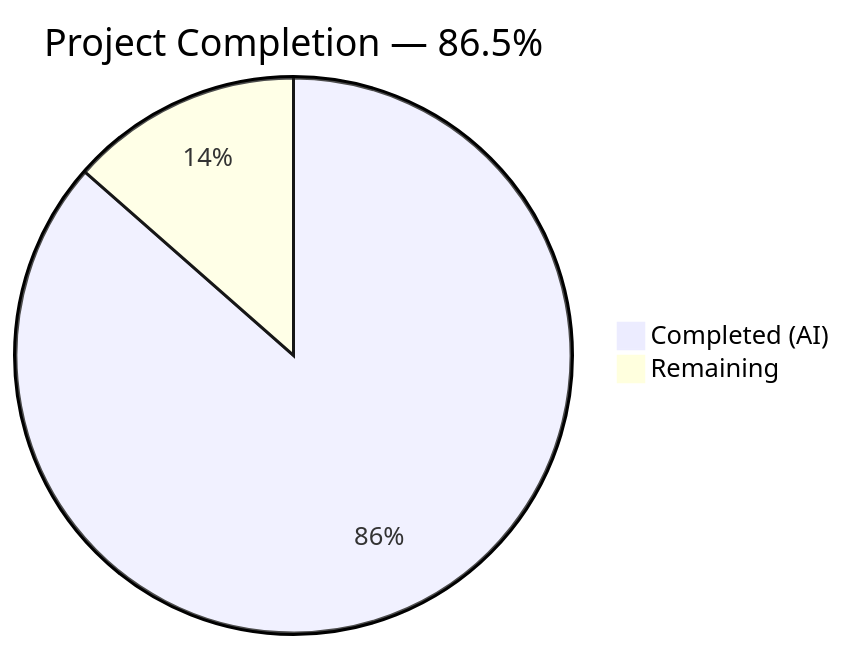
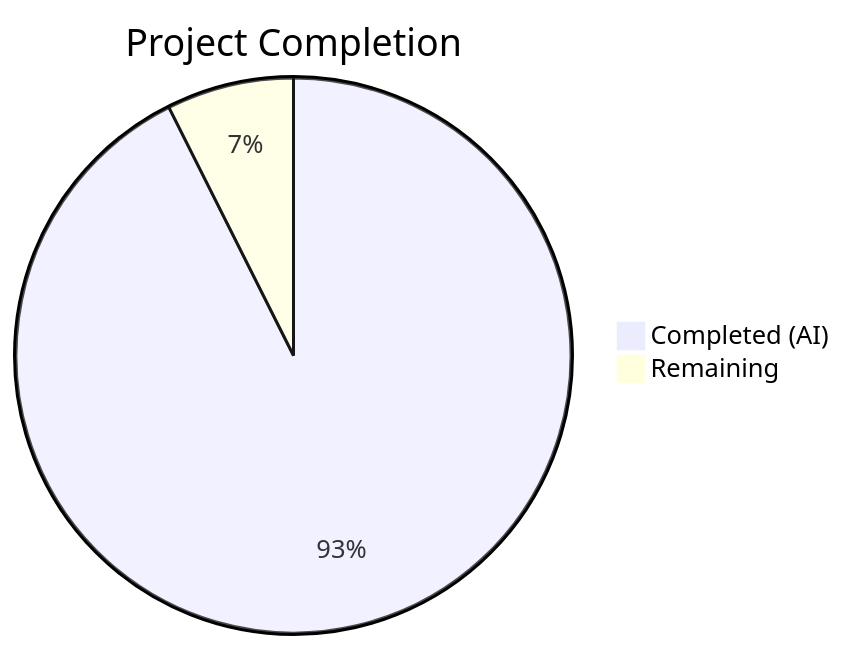
The first of 2 diagrams in blitzy/documentation/Project Guide.md (Blitzy-Sandbox/kalle), drawn with Mermaid before and after one commit. The commit also changed other lines of this file, not shown here.

Commit message:
Adding Blitzy Project Guide: Project Status and Human Tasks Remaining

````diff
--- a/blitzy/documentation/Project Guide.md
+++ b/blitzy/documentation/Project Guide.md
@@ -13,5 +13,5 @@
 ```mermaid
-pie title Project Completion — 86.5%
-    "Completed (AI)" : 384
-    "Remaining" : 60
+pie title Project Completion
+    "Completed (AI)" : 400
+    "Remaining" : 32
 ```
````
